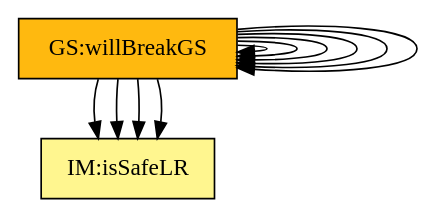
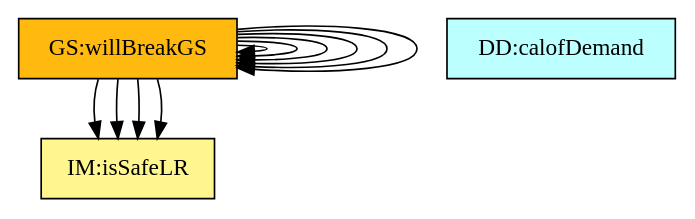
The diagram in code/stable/glassbr/TraceyGraph/allvsr.dot (JacquesCarette/Drasil), drawn with Graphviz before and after one commit. The commit also changed 72 other files, not shown here.

```diff
--- a/code/stable/glassbr/TraceyGraph/allvsr.dot
+++ b/code/stable/glassbr/TraceyGraph/allvsr.dot
@@ -1,82 +1,95 @@
 digraph allvsr {
 	instance:outputValsAndKnownValues -> instance:sysSetValsFollowingAssumps;
 	instance:outputValsAndKnownValues -> instance:inputValues;
 	instance:outputValsAndKnownValues -> instance:sysSetValsFollowingAssumps;
 	instance:checkGlassSafety -> theory:isSafePb;
 	instance:checkGlassSafety -> theory:isSafeLR;
 	instance:outputValsAndKnownValues -> instance:sysSetValsFollowingAssumps;
 	instance:outputValsAndKnownValues -> instance:inputValues;
 	instance:outputValsAndKnownValues -> instance:sysSetValsFollowingAssumps;
 	instance:checkGlassSafety -> theory:isSafePb;
 	instance:checkGlassSafety -> theory:isSafeLR;
 
 
 	instance:assumpGT	[shape=box, color=black, style=filled, fillcolor=mistyrose, label="A:assumpGT"];
 	instance:assumpGC	[shape=box, color=black, style=filled, fillcolor=mistyrose, label="A:assumpGC"];
 	instance:assumpES	[shape=box, color=black, style=filled, fillcolor=mistyrose, label="A:assumpES"];
 	instance:assumpSV	[shape=box, color=black, style=filled, fillcolor=mistyrose, label="A:assumpSV"];
 	instance:assumpGL	[shape=box, color=black, style=filled, fillcolor=mistyrose, label="A:assumpGL"];
 	instance:assumpBC	[shape=box, color=black, style=filled, fillcolor=mistyrose, label="A:assumpBC"];
 	instance:assumpRT	[shape=box, color=black, style=filled, fillcolor=mistyrose, label="A:assumpRT"];
 	instance:assumpLDFC	[shape=box, color=black, style=filled, fillcolor=mistyrose, label="A:assumpLDFC"];
 
 	subgraph A {
 	rank="same"
 	{instance:assumpGT, instance:assumpGC, instance:assumpES, instance:assumpSV, instance:assumpGL, instance:assumpBC, instance:assumpRT, instance:assumpLDFC}
+	}
+
+	dataDefn:minThick	[shape=box, color=black, style=filled, fillcolor=paleturquoise1, label="DD:minThick"];
+	dataDefn:loadDurFactor	[shape=box, color=black, style=filled, fillcolor=paleturquoise1, label="DD:loadDurFactor"];
+	dataDefn:glassTypeFac	[shape=box, color=black, style=filled, fillcolor=paleturquoise1, label="DD:gTF"];
+	dataDefn:stdOffDist	[shape=box, color=black, style=filled, fillcolor=paleturquoise1, label="DD:standOffDist"];
+	dataDefn:aR	[shape=box, color=black, style=filled, fillcolor=paleturquoise1, label="DD:aspectRatio"];
+	dataDefn:eqTNTChar	[shape=box, color=black, style=filled, fillcolor=paleturquoise1, label="DD:eqTNTW"];
+	dataDefn:demandq	[shape=box, color=black, style=filled, fillcolor=paleturquoise1, label="DD:calofDemand"];
+
+	subgraph DD {
+	rank="same"
+	{dataDefn:minThick, dataDefn:loadDurFactor, dataDefn:glassTypeFac, dataDefn:stdOffDist, dataDefn:aR, dataDefn:eqTNTChar, dataDefn:demandq}
 	}
 
 	theory:isSafeProb	[shape=box, color=black, style=filled, fillcolor=pink, label="TM:isSafeProb"];
 	theory:isSafeLoad	[shape=box, color=black, style=filled, fillcolor=pink, label="TM:isSafeLoad"];
 
 	subgraph TM {
 	rank="same"
 	{theory:isSafeProb, theory:isSafeLoad}
 	}
 
 	theory:riskFun	[shape=box, color=black, style=filled, fillcolor=khaki1, label="IM:riskFun"];
 	theory:stressDistFac	[shape=box, color=black, style=filled, fillcolor=khaki1, label="IM:stressDistFac"];
 	theory:nFL	[shape=box, color=black, style=filled, fillcolor=khaki1, label="IM:nFL"];
 	theory:dimlessLoad	[shape=box, color=black, style=filled, fillcolor=khaki1, label="IM:dimlessLoad"];
 	theory:tolLoad	[shape=box, color=black, style=filled, fillcolor=khaki1, label="IM:tolLoad"];
 	theory:sdfTol	[shape=box, color=black, style=filled, fillcolor=khaki1, label="IM:sdfTol"];
 	theory:probBr	[shape=box, color=black, style=filled, fillcolor=khaki1, label="IM:probOfBreak"];
 	theory:lResistance	[shape=box, color=black, style=filled, fillcolor=khaki1, label="IM:calofCapacity"];
 	theory:isSafePb	[shape=box, color=black, style=filled, fillcolor=khaki1, label="IM:isSafePb"];
 	theory:isSafeLR	[shape=box, color=black, style=filled, fillcolor=khaki1, label="IM:isSafeLR"];
 
 	subgraph IM {
 	rank="same"
 	{theory:riskFun, theory:stressDistFac, theory:nFL, theory:dimlessLoad, theory:tolLoad, theory:sdfTol, theory:probBr, theory:lResistance, theory:isSafePb, theory:isSafeLR}
 	}
 
 	instance:sysSetValsFollowingAssumps	[shape=box, color=black, style=filled, fillcolor=ivory, label="FR:sysSetValsFollowingAssumps"];
 	instance:checkInputWithDataCons	[shape=box, color=black, style=filled, fillcolor=ivory, label="FR:checkInputWithDataCons"];
 	instance:outputValsAndKnownValues	[shape=box, color=black, style=filled, fillcolor=ivory, label="FR:outputValsAndKnownValues"];
 	instance:checkGlassSafety	[shape=box, color=black, style=filled, fillcolor=ivory, label="FR:checkGlassSafety"];
 	instance:outputValues	[shape=box, color=black, style=filled, fillcolor=ivory, label="FR:outputValues"];
 	instance:correct	[shape=box, color=black, style=filled, fillcolor=ivory, label="NFR:correct"];
 	instance:verifiable	[shape=box, color=black, style=filled, fillcolor=ivory, label="NFR:verifiable"];
 	instance:understandable	[shape=box, color=black, style=filled, fillcolor=ivory, label="NFR:understandable"];
 	instance:reusable	[shape=box, color=black, style=filled, fillcolor=ivory, label="NFR:reusable"];
 	instance:maintainable	[shape=box, color=black, style=filled, fillcolor=ivory, label="NFR:maintainable"];
 	instance:portable	[shape=box, color=black, style=filled, fillcolor=ivory, label="NFR:portable"];
 	instance:inputValues	[shape=box, color=black, style=filled, fillcolor=ivory, label="FR:inputValues"];
 	instance:sysSetValsFollowingAssumps	[shape=box, color=black, style=filled, fillcolor=ivory, label="FR:sysSetValsFollowingAssumps"];
 	instance:checkInputWithDataCons	[shape=box, color=black, style=filled, fillcolor=ivory, label="FR:checkInputWithDataCons"];
 	instance:outputValsAndKnownValues	[shape=box, color=black, style=filled, fillcolor=ivory, label="FR:outputValsAndKnownValues"];
 	instance:checkGlassSafety	[shape=box, color=black, style=filled, fillcolor=ivory, label="FR:checkGlassSafety"];
 	instance:outputValues	[shape=box, color=black, style=filled, fillcolor=ivory, label="FR:outputValues"];
 
 	subgraph FR {
 	rank="same"
 	{instance:sysSetValsFollowingAssumps, instance:checkInputWithDataCons, instance:outputValsAndKnownValues, instance:checkGlassSafety, instance:outputValues, instance:correct, instance:verifiable, instance:understandable, instance:reusable, instance:maintainable, instance:portable, instance:inputValues, instance:sysSetValsFollowingAssumps, instance:checkInputWithDataCons, instance:outputValsAndKnownValues, instance:checkGlassSafety, instance:outputValues}
 	}
 
 	instance:willBreakGS	[shape=box, color=black, style=filled, fillcolor=darkgoldenrod1, label="GS:willBreakGS"];
 
 	subgraph GS {
 	rank="same"
 	{instance:willBreakGS}
 	}
 
 }
```
